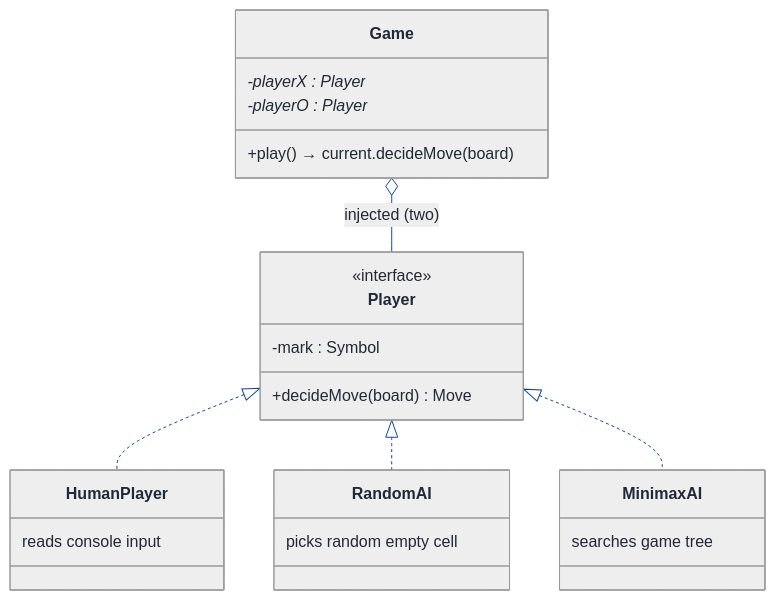
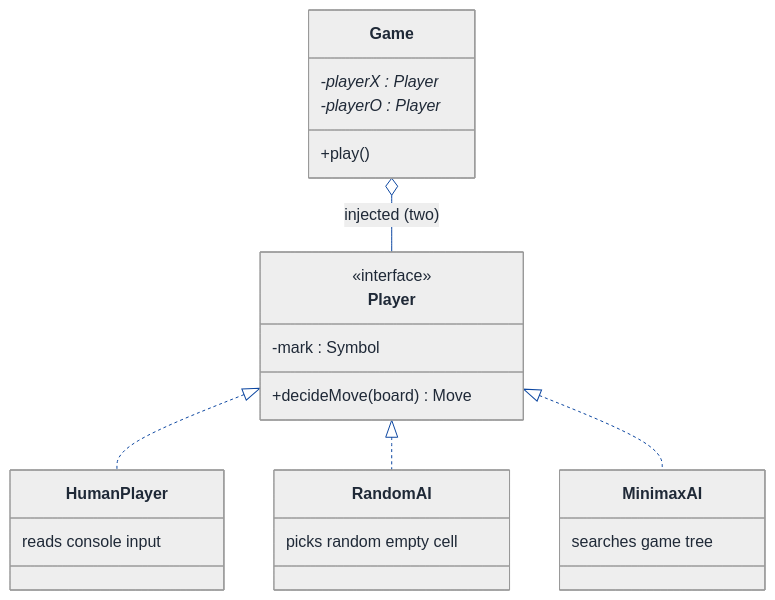
Before and after one commit to Prateek-5/question-bank: the second of 5 diagrams in LLD/Topics/Strategy_Pattern/Tic_Tac_Toe.md, drawn with Mermaid. The commit also changed other lines of this file and 61 other files, not shown here.

First line of the commit message:
Fix invalid mermaid classDiagram member syntax across LLD walkthroughs

````diff
--- a/LLD/Topics/Strategy_Pattern/Tic_Tac_Toe.md
+++ b/LLD/Topics/Strategy_Pattern/Tic_Tac_Toe.md
@@ -401,59 +401,59 @@
 ```mermaid
 ---
 config:
   theme: neutral
   themeVariables:
     background: '#ffffff'
     primaryColor: '#cfe2ff'
     primaryTextColor: '#1f2937'
     primaryBorderColor: '#084298'
     secondaryColor: '#fff3cd'
     secondaryTextColor: '#1f2937'
     secondaryBorderColor: '#664d03'
     tertiaryColor: '#d1e7dd'
     tertiaryTextColor: '#1f2937'
     tertiaryBorderColor: '#0a3622'
     lineColor: '#0d47a1'
     textColor: '#1f2937'
     noteBkgColor: '#fff3cd'
     noteTextColor: '#1f2937'
     noteBorderColor: '#997404'
     actorBkg: '#cfe2ff'
     actorBorder: '#084298'
     actorTextColor: '#1f2937'
     signalColor: '#0d47a1'
     signalTextColor: '#1f2937'
     labelBoxBkgColor: '#ffffff'
     labelBoxBorderColor: '#d3d3d3'
     labelTextColor: '#1f2937'
     edgeLabelBackground: '#ffffff'
     labelBackground: '#ffffff'
     classText: '#1f2937'
     fontFamily: 'system-ui, -apple-system, Segoe UI, Helvetica, Arial, sans-serif'
 ---
 classDiagram
   direction TB
   class Game {
     -playerX : Player*
     -playerO : Player*
-    +play()  → current.decideMove(board)
+    +play()
   }
   class Player {
     <<interface>>
     -mark : Symbol
     +decideMove(board) Move
   }
   class HumanPlayer {
     reads console input
   }
   class RandomAI {
     picks random empty cell
   }
   class MinimaxAI {
     searches game tree
   }
   Game o-- Player : injected (two)
   Player <|.. HumanPlayer
   Player <|.. RandomAI
   Player <|.. MinimaxAI
 ```
````
